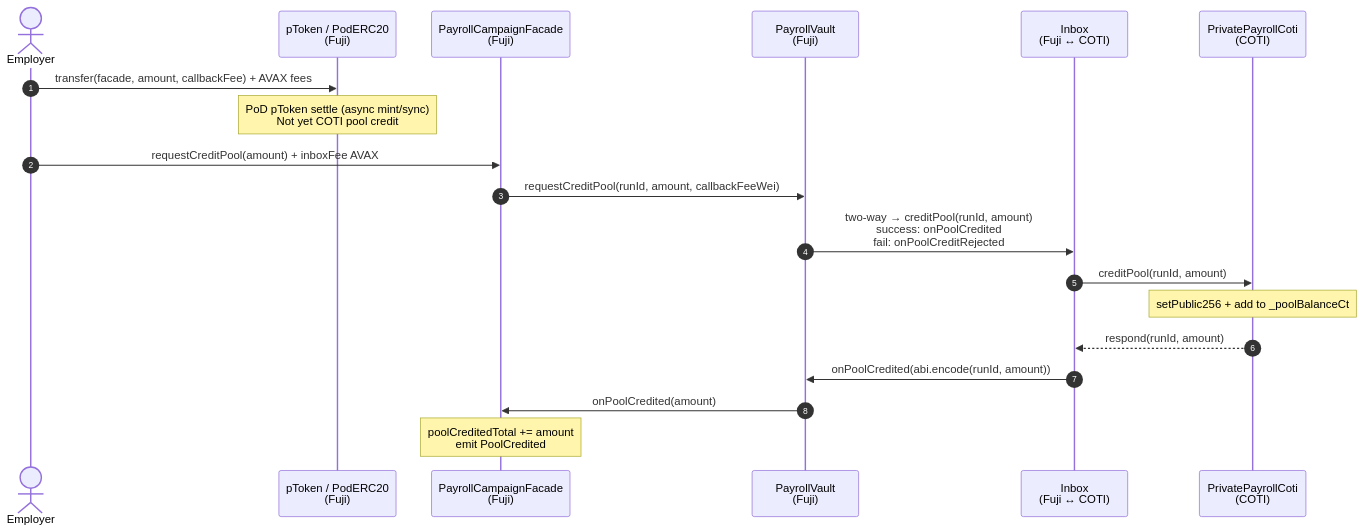
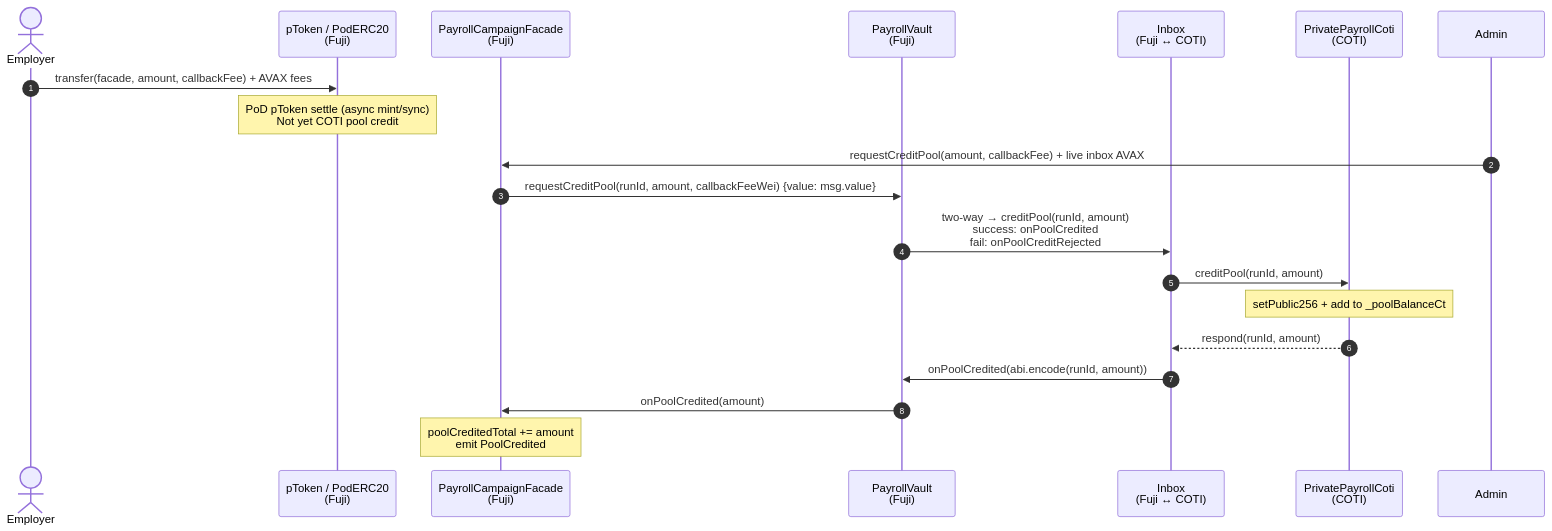
Before and after one commit to coti-io/pod-dapp-ports: the third of 6 diagrams in sablier-payroll-pod/docs/USER_FLOWS.md, drawn with Mermaid. The commit also changed other lines of this file and 15 other files, not shown here.

````diff
--- a/sablier-payroll-pod/docs/USER_FLOWS.md
+++ b/sablier-payroll-pod/docs/USER_FLOWS.md
@@ -66,25 +66,25 @@
 ```mermaid
 sequenceDiagram
   autonumber
   actor Employer
   participant pToken as pToken / PodERC20<br/>(Fuji)
   participant Facade as PayrollCampaignFacade<br/>(Fuji)
   participant Vault as PayrollVault<br/>(Fuji)
   participant Inbox as Inbox<br/>(Fuji ↔ COTI)
   participant PPC as PrivatePayrollCoti<br/>(COTI)
 
   Employer->>pToken: transfer(facade, amount, callbackFee) + AVAX fees
   Note over pToken: PoD pToken settle (async mint/sync)<br/>Not yet COTI pool credit
 
-  Employer->>Facade: requestCreditPool(amount) + inboxFee AVAX
-  Facade->>Vault: requestCreditPool(runId, amount, callbackFeeWei)
+  Admin->>Facade: requestCreditPool(amount, callbackFee) + live inbox AVAX
+  Facade->>Vault: requestCreditPool(runId, amount, callbackFeeWei) {value: msg.value}
   Vault->>Inbox: two-way → creditPool(runId, amount)<br/>success: onPoolCredited<br/>fail: onPoolCreditRejected
 
   Inbox->>PPC: creditPool(runId, amount)
   Note over PPC: setPublic256 + add to _poolBalanceCt
   PPC-->>Inbox: respond(runId, amount)
 
   Inbox->>Vault: onPoolCredited(abi.encode(runId, amount))
   Vault->>Facade: onPoolCredited(amount)
   Note over Facade: poolCreditedTotal += amount<br/>emit PoolCredited
 ```
````
